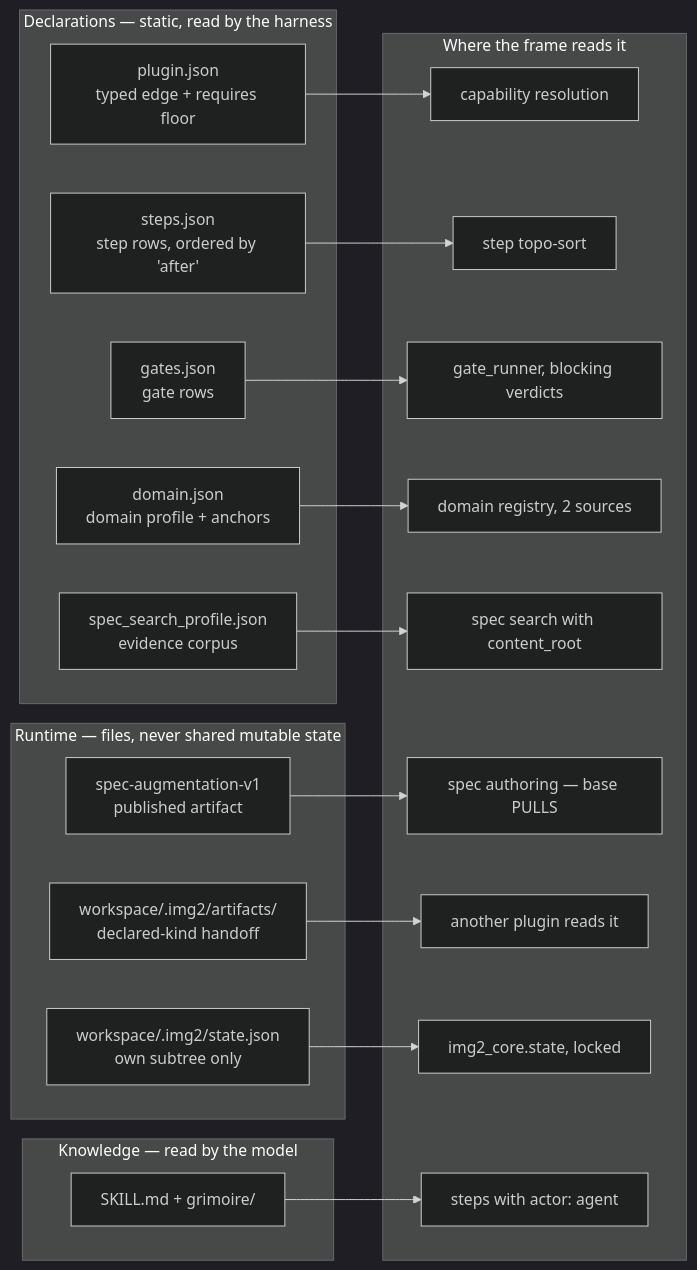
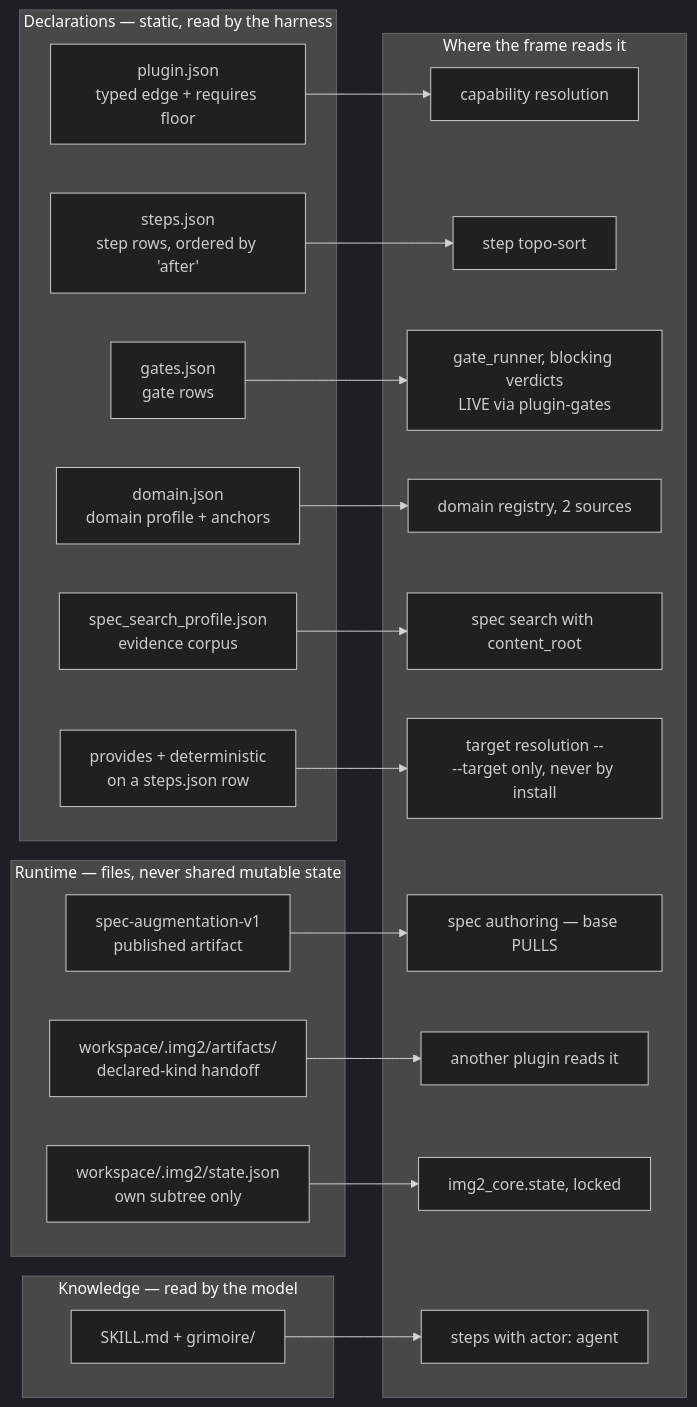
The fifth of 13 diagrams in docs/PLUGIN_ARCHITECTURE.md (img2threejs/img2), drawn with Mermaid (dark theme) before and after one commit. The commit also changed other lines of this file and 7 other files, not shown here.

````diff
--- a/docs/PLUGIN_ARCHITECTURE.md
+++ b/docs/PLUGIN_ARCHITECTURE.md
@@ -253,42 +253,45 @@
 ```mermaid
 graph LR
     subgraph declare["Declarations — static, read by the harness"]
         P1["plugin.json<br/>typed edge + requires floor"]
         P2["steps.json<br/>step rows, ordered by 'after'"]
         P3["gates.json<br/>gate rows"]
         P4["domain.json<br/>domain profile + anchors"]
         P5["spec_search_profile.json<br/>evidence corpus"]
+        P10["provides + deterministic<br/>on a steps.json row"]
     end
 
     subgraph runtime["Runtime — files, never shared mutable state"]
         P6["spec-augmentation-v1<br/>published artifact"]
         P7["workspace/.img2/artifacts/<br/>declared-kind handoff"]
         P8["workspace/.img2/state.json<br/>own subtree only"]
     end
 
     subgraph knowledge["Knowledge — read by the model"]
         P9["SKILL.md + grimoire/"]
     end
 
     subgraph frame["Where the frame reads it"]
         F1["capability resolution"]
         F2["step topo-sort"]
-        F3["gate_runner, blocking verdicts"]
+        F3["gate_runner, blocking verdicts<br/>LIVE via plugin-gates"]
         F4["domain registry, 2 sources"]
         F5["spec search with content_root"]
         F6["spec authoring — base PULLS"]
         F7["another plugin reads it"]
         F8["img2_core.state, locked"]
         F9["steps with actor: agent"]
+        F10["target resolution --<br/>--target only, never by install"]
     end
 
     P1 --> F1
     P2 --> F2
     P3 --> F3
     P4 --> F4
     P5 --> F5
     P6 --> F6
     P7 --> F7
     P8 --> F8
     P9 --> F9
+    P10 --> F10
 ```
````
